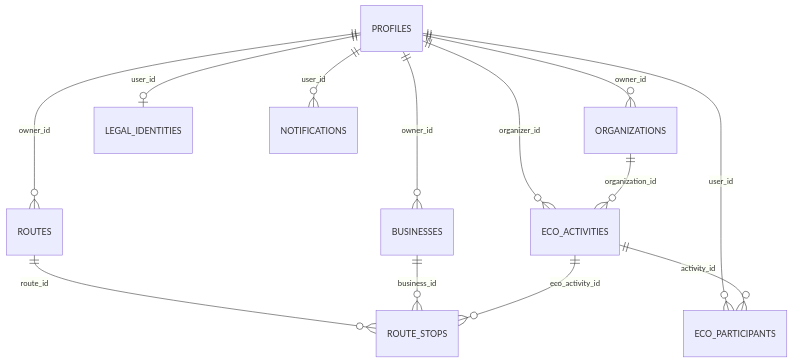
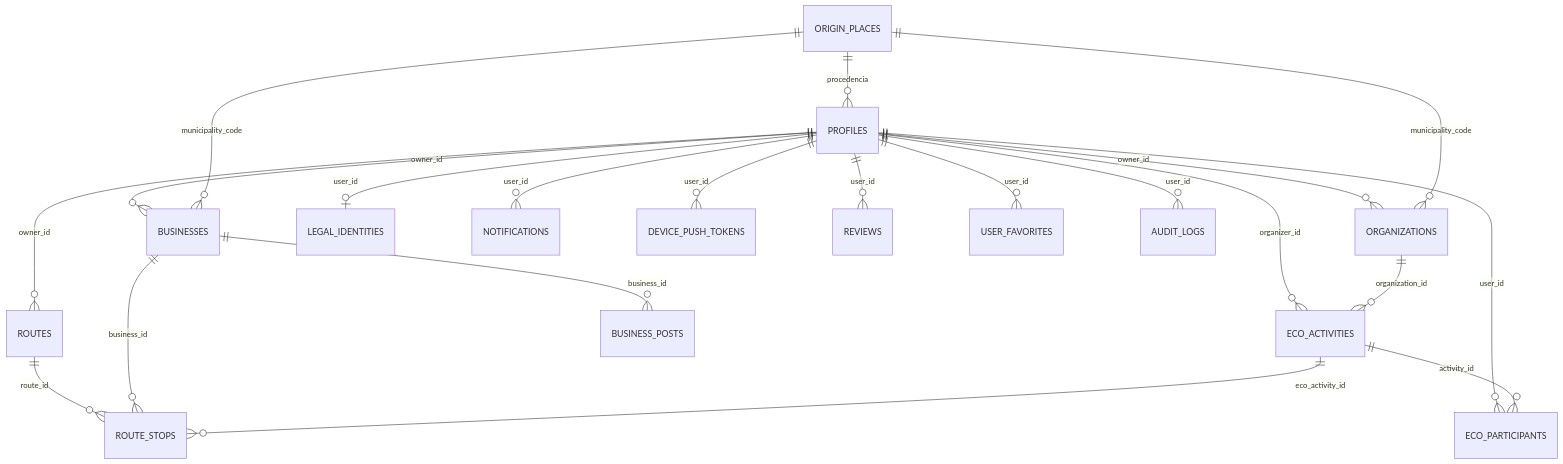
Before and after one commit to JaBaca67/Nikara-Hackathonic: the diagram in README.md, drawn with Mermaid. The commit also changed other lines of this file and 11 other files, not shown here.

````diff
--- a/README.md
+++ b/README.md
@@ -128,15 +184,23 @@
 ```mermaid
 erDiagram
     PROFILES ||--o{ BUSINESSES : "owner_id"
     PROFILES ||--o{ ORGANIZATIONS : "owner_id"
     PROFILES ||--o{ ROUTES : "owner_id"
     PROFILES ||--o{ ECO_ACTIVITIES : "organizer_id"
     PROFILES ||--o{ ECO_PARTICIPANTS : "user_id"
     PROFILES ||--o| LEGAL_IDENTITIES : "user_id"
     PROFILES ||--o{ NOTIFICATIONS : "user_id"
+    PROFILES ||--o{ DEVICE_PUSH_TOKENS : "user_id"
+    PROFILES ||--o{ REVIEWS : "user_id"
+    PROFILES ||--o{ USER_FAVORITES : "user_id"
+    PROFILES ||--o{ AUDIT_LOGS : "user_id"
+    ORIGIN_PLACES ||--o{ PROFILES : "procedencia"
+    ORIGIN_PLACES ||--o{ BUSINESSES : "municipality_code"
+    ORIGIN_PLACES ||--o{ ORGANIZATIONS : "municipality_code"
     ORGANIZATIONS ||--o{ ECO_ACTIVITIES : "organization_id"
     ECO_ACTIVITIES ||--o{ ECO_PARTICIPANTS : "activity_id"
+    BUSINESSES ||--o{ BUSINESS_POSTS : "business_id"
     ROUTES ||--o{ ROUTE_STOPS : "route_id"
     BUSINESSES ||--o{ ROUTE_STOPS : "business_id"
     ECO_ACTIVITIES ||--o{ ROUTE_STOPS : "eco_activity_id"
 ```
````
